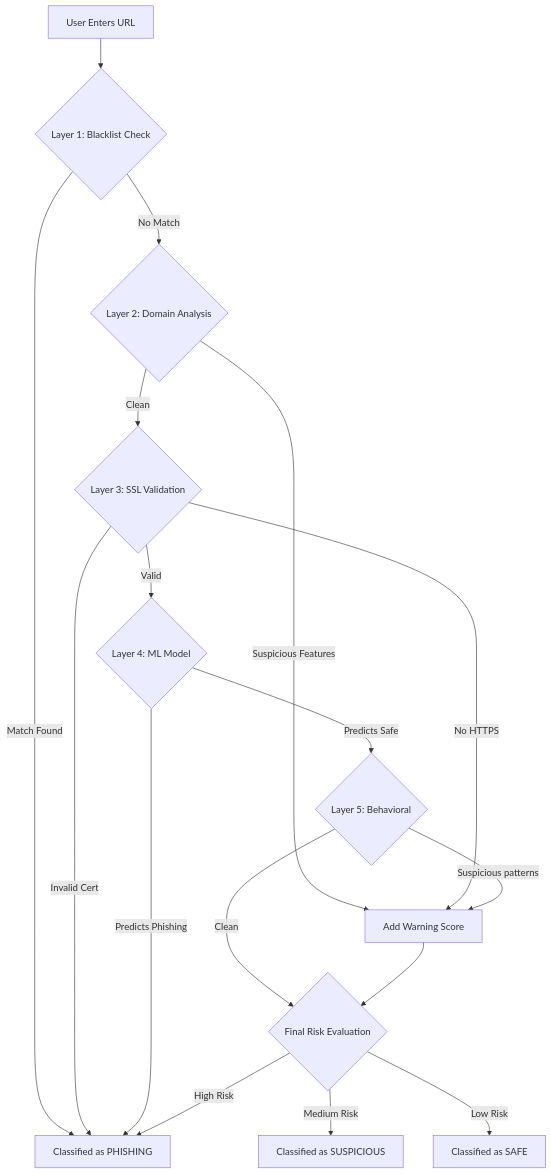
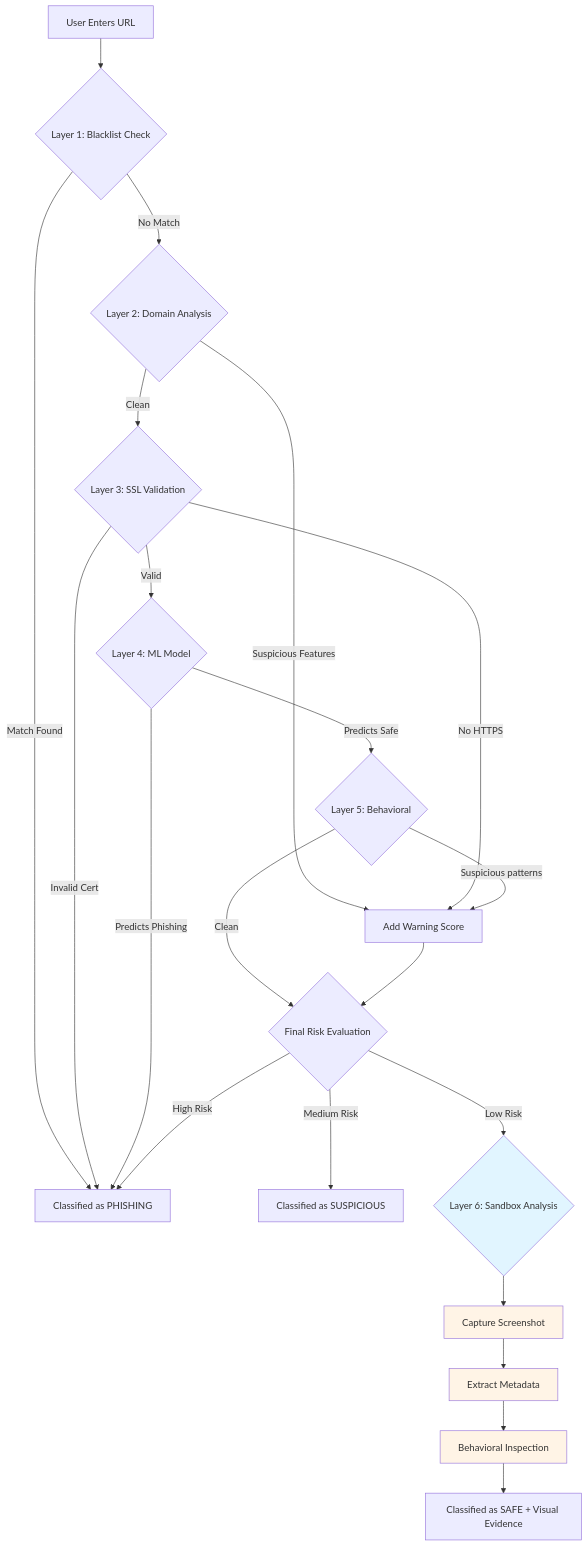
Before and after one commit to Vaibhav01-bit/PhishDetector: the diagram in README.md, drawn with Mermaid. The commit also changed other lines of this file and 56 other files, not shown here.

````diff
--- a/README.md
+++ b/README.md
@@ -10,24 +10,34 @@
 ```mermaid
 graph TD
     Input[User Enters URL] --> L1{Layer 1: Blacklist Check}
     L1 -- Match Found --> Phishing[Classified as PHISHING]
     L1 -- No Match --> L2{Layer 2: Domain Analysis}
     L2 -- Suspicious Features --> Warning[Add Warning Score]
     L2 -- Clean --> L3{Layer 3: SSL Validation}
     
     L3 -- Invalid Cert --> Phishing
     L3 -- No HTTPS --> Warning
     L3 -- Valid --> L4
     
     L4{Layer 4: ML Model}
     L4 -- Predicts Phishing --> Phishing
     L4 -- Predicts Safe --> L5{Layer 5: Behavioral}
     
     L5 -- Suspicious patterns --> Warning
     L5 -- Clean --> FinalEvaluator
     
     Warning --> FinalEvaluator{Final Risk Evaluation}
     FinalEvaluator -- High Risk --> Phishing
     FinalEvaluator -- Medium Risk --> Suspicious[Classified as SUSPICIOUS]
-    FinalEvaluator -- Low Risk --> Safe[Classified as SAFE]
+    FinalEvaluator -- Low Risk --> L6{Layer 6: Sandbox Analysis}
+    
+    L6 --> Screenshot[Capture Screenshot]
+    Screenshot --> Metadata[Extract Metadata]
+    Metadata --> Behavioral[Behavioral Inspection]
+    Behavioral --> Safe[Classified as SAFE + Visual Evidence]
+    
+    style L6 fill:#e1f5ff
+    style Screenshot fill:#fff4e6
+    style Metadata fill:#fff4e6
+    style Behavioral fill:#fff4e6
 ```
````
